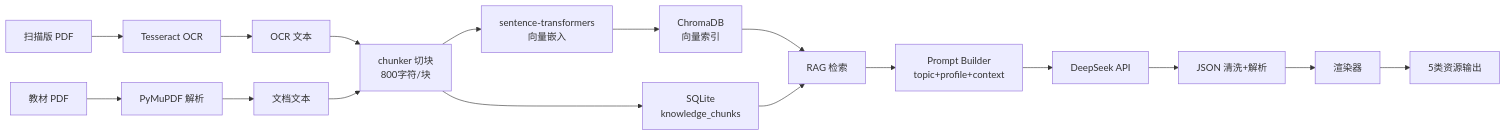
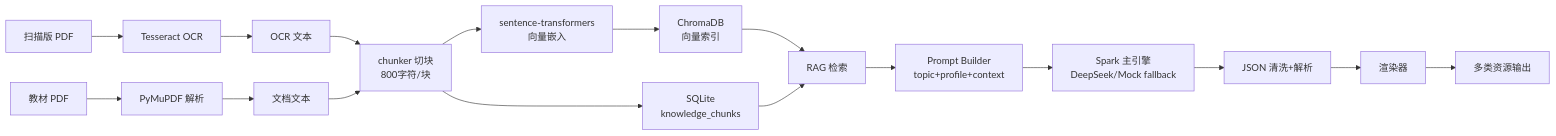
The second of 4 diagrams in docs/presentation/ARCHITECTURE_DIAGRAMS.md (jasminenetf/intelligent-learning-agent), drawn with Mermaid before and after one commit. The commit also changed other lines of this file and 40 other files, not shown here.

````diff
--- a/docs/presentation/ARCHITECTURE_DIAGRAMS.md
+++ b/docs/presentation/ARCHITECTURE_DIAGRAMS.md
@@ -64,19 +67,19 @@
 ```mermaid
 flowchart LR
     PDF[教材 PDF] --> PARSE[PyMuPDF 解析]
     IMG[扫描版 PDF] --> OCR_ENGINE[Tesseract OCR]
     OCR_ENGINE --> TEXT[OCR 文本]
     PARSE --> TEXT2[文档文本]
     TEXT --> CHUNK[chunker 切块<br/>800字符/块]
     TEXT2 --> CHUNK
     CHUNK --> SQL[SQLite<br/>knowledge_chunks]
     CHUNK --> EMBED[sentence-transformers<br/>向量嵌入]
     EMBED --> CHROMA[ChromaDB<br/>向量索引]
     CHROMA --> RAG_SEARCH[RAG 检索]
     SQL --> RAG_SEARCH
     RAG_SEARCH --> PROMPT[Prompt Builder<br/>topic+profile+context]
-    PROMPT --> DS[DeepSeek API]
-    DS --> PARSE_JSON[JSON 清洗+解析]
+    PROMPT --> LLM[Spark 主引擎<br/>DeepSeek/Mock fallback]
+    LLM --> PARSE_JSON[JSON 清洗+解析]
     PARSE_JSON --> RENDER[渲染器]
-    RENDER --> OUT[5类资源输出]
+    RENDER --> OUT[多类资源输出]
 ```
````
